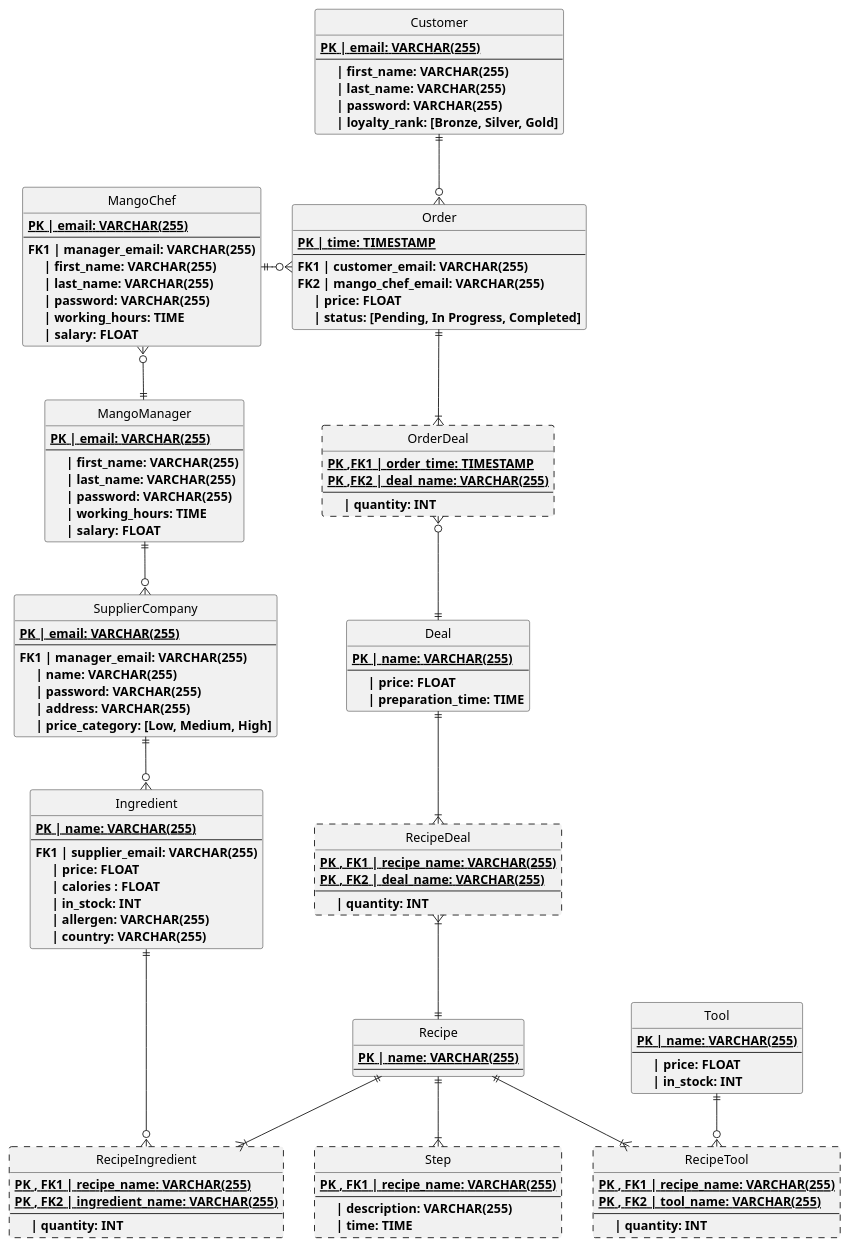
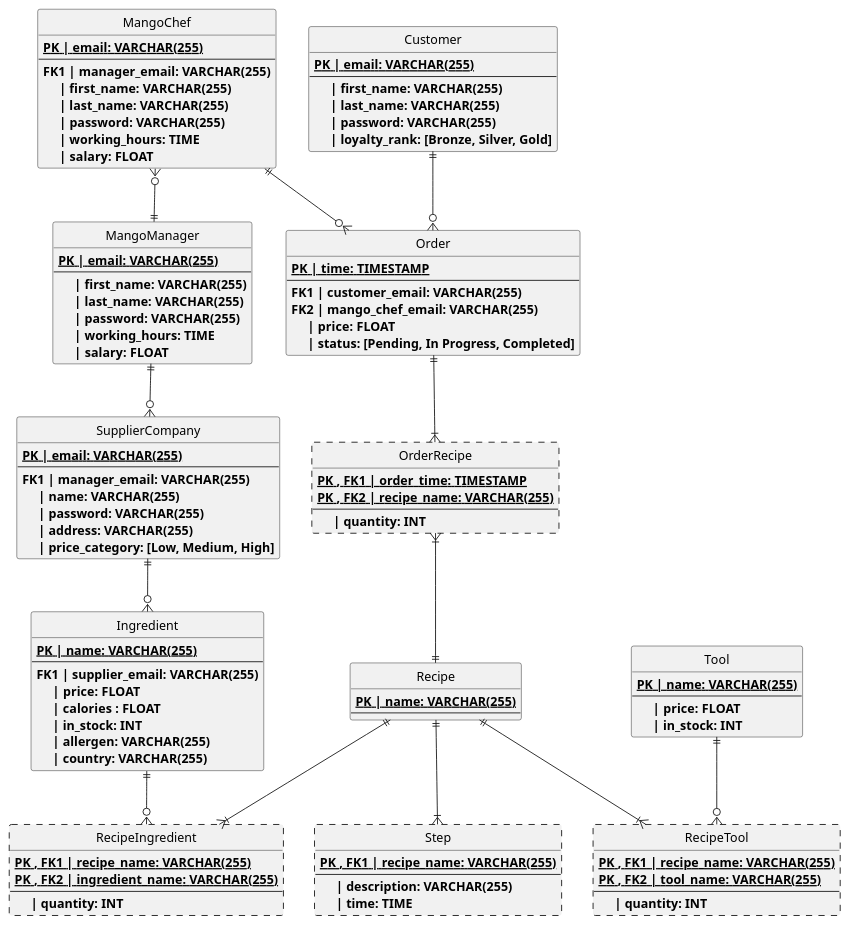
Before and after one commit to MorganKryze/MangoDB: the diagram in Diagrams/src/Table.puml, drawn with PlantUML. The commit also changed 1 other file, not shown here.

Commit message:
📖 update diagram

```diff
--- a/Diagrams/src/Table.puml
+++ b/Diagrams/src/Table.puml
@@ -1,151 +1,133 @@
 @startuml Diagram of MangoDB
 Hide circle
 
 entity Customer
 {
     {static}<b>PK | email: VARCHAR(255)
     --
     <b>     | first_name: VARCHAR(255)
     <b>     | last_name: VARCHAR(255)
     <b>     | password: VARCHAR(255)
     <b>     | loyalty_rank: [Bronze, Silver, Gold]
 }
 
 entity Order
 {
     {static}<b>PK | time: TIMESTAMP
     --
     <b>FK1 | customer_email: VARCHAR(255)
     <b>FK2 | mango_chef_email: VARCHAR(255)
     <b>     | price: FLOAT
     <b>     | status: [Pending, In Progress, Completed]
 }
 
-entity OrderDeal ##[dashed]
+entity OrderRecipe ##[dashed]
 {
-    {static}<b>PK ,FK1 | order_time: TIMESTAMP
-    {static}<b>PK ,FK2 | deal_name: VARCHAR(255)
-    --
-    <b>     | quantity: INT
-}
-
-entity Deal
-{
-    {static}<b>PK | name: VARCHAR(255)
-    --
-    <b>     | price: FLOAT
-    <b>     | preparation_time: TIME
-}
-
-entity RecipeDeal ##[dashed]
-{
-    {static}<b>PK , FK1 | recipe_name: VARCHAR(255)
-    {static}<b>PK , FK2 | deal_name: VARCHAR(255)
+    {static}<b>PK , FK1 | order_time: TIMESTAMP
+    {static}<b>PK , FK2 | recipe_name: VARCHAR(255)
     --
     <b>     | quantity: INT
 }
 
 entity Recipe
 {
     {static}<b>PK | name: VARCHAR(255)
     --
 }
 
 entity Step ##[dashed]
 {
     {static}<b>PK , FK1 | recipe_name: VARCHAR(255)
     --
     <b>     | description: VARCHAR(255)
     <b>     | time: TIME
 }
 
 entity RecipeIngredient ##[dashed]
 {
     {static}<b>PK , FK1 | recipe_name: VARCHAR(255)
     {static}<b>PK , FK2 | ingredient_name: VARCHAR(255)
     --
     <b>     | quantity: INT
 }
 
 entity RecipeTool ##[dashed]
 {
     {static}<b>PK , FK1 | recipe_name: VARCHAR(255)
     {static}<b>PK , FK2 | tool_name: VARCHAR(255)
     --
     <b>     | quantity: INT
 }
 
 entity Ingredient
 {
     {static}<b>PK | name: VARCHAR(255)
     --
     <b>FK1 | supplier_email: VARCHAR(255) 
     <b>     | price: FLOAT
     <b>     | calories : FLOAT
     <b>     | in_stock: INT
     <b>     | allergen: VARCHAR(255)
     <b>     | country: VARCHAR(255)
 }
 
 entity Tool
 {
     {static}<b>PK | name: VARCHAR(255)
     --
     <b>     | price: FLOAT
     <b>     | in_stock: INT
 }
 
 
 entity SupplierCompany
 {   
     {static}<b>PK | email: VARCHAR(255)
     --
     <b>FK1 | manager_email: VARCHAR(255)
     <b>     | name: VARCHAR(255)
     <b>     | password: VARCHAR(255)
     <b>     | address: VARCHAR(255)
     <b>     | price_category: [Low, Medium, High]
 }
 
 entity MangoChef
 {
     {static}<b>PK | email: VARCHAR(255)
     --
     <b>FK1 | manager_email: VARCHAR(255)
     <b>     | first_name: VARCHAR(255)
     <b>     | last_name: VARCHAR(255)
     <b>     | password: VARCHAR(255)
     <b>     | working_hours: TIME
     <b>     | salary: FLOAT
 }
 
 entity MangoManager
 {
     {static}<b>PK | email: VARCHAR(255)
     --
     <b>     | first_name: VARCHAR(255)
     <b>     | last_name: VARCHAR(255)
     <b>     | password: VARCHAR(255)
     <b>     | working_hours: TIME
     <b>     | salary: FLOAT
 }
 
 MangoManager ||-down-o{ SupplierCompany
 MangoManager ||-up-o{ MangoChef
 MangoChef ||-right-o{ Order
 
 SupplierCompany ||-down-o{ Ingredient
 
 Customer ||-down-o{ Order
-Order  ||-down-|{ OrderDeal
-OrderDeal }o-down-|| Deal
+Order  ||-down-|{ OrderRecipe
 
 Recipe ||-down-|{ RecipeIngredient
 RecipeIngredient }o-up-|| Ingredient
 Recipe ||-down-|{ RecipeTool
 RecipeTool }o-up-|| Tool
 
 Recipe ||-down-|{ Step
-Deal ||-down-|{ RecipeDeal
-Recipe ||-up-|{ RecipeDeal
+Recipe ||-up-|{ OrderRecipe
 @enduml
```
